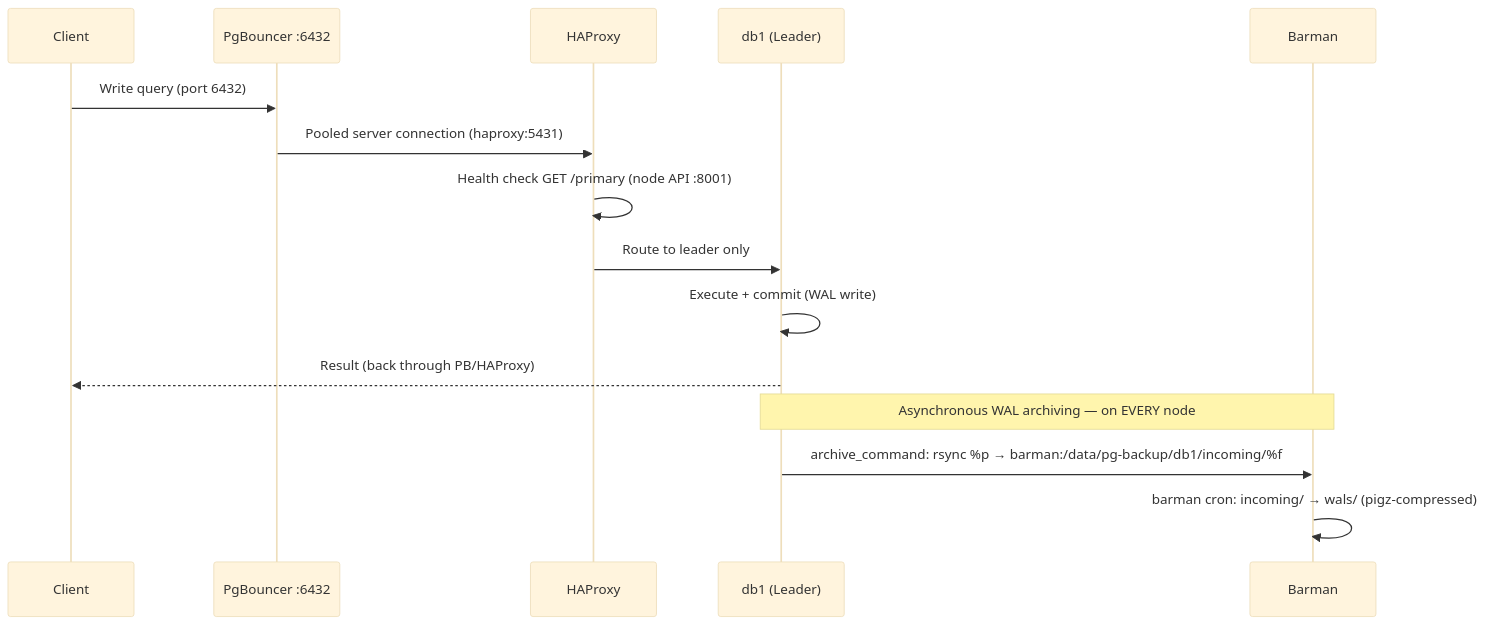
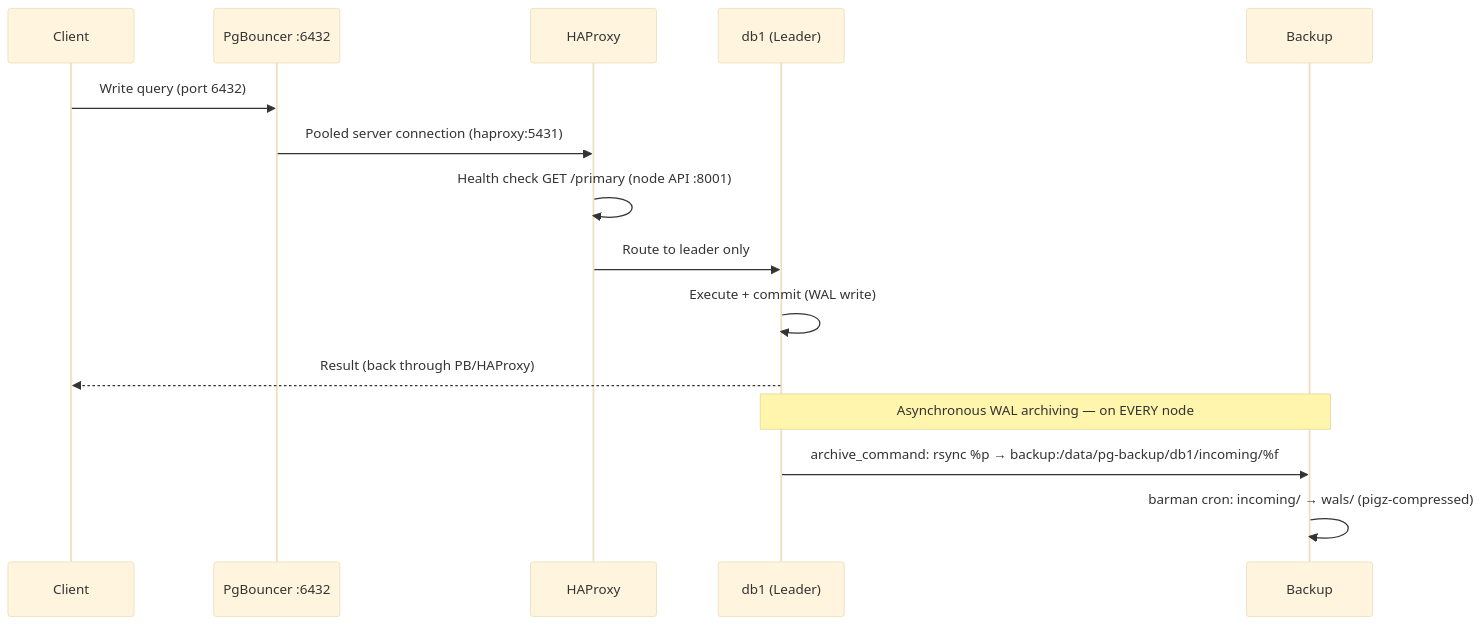
The second of 5 diagrams in docs/architecture.md (maborak/patroni-ha-dockerized), drawn with Mermaid (base theme) before and after one commit. The commit also changed other lines of this file and 55 other files, not shown here.

First line of the commit message:
Pluggable backup tooling: BACKUP_TOOL=barman|pgbackrest; service renamed to 'backup'

````diff
--- a/docs/architecture.md
+++ b/docs/architecture.md
@@ -137,19 +137,19 @@
 ```mermaid
 sequenceDiagram
     participant Client
     participant PB as PgBouncer :6432
     participant HAProxy
     participant Leader as db1 (Leader)
-    participant BAR as Barman
+    participant BAR as Backup
 
     Client->>PB: Write query (port 6432)
     PB->>HAProxy: Pooled server connection (haproxy:5431)
     HAProxy->>HAProxy: Health check GET /primary (node API :8001)
     HAProxy->>Leader: Route to leader only
     Leader->>Leader: Execute + commit (WAL write)
     Leader-->>Client: Result (back through PB/HAProxy)
 
     Note over Leader,BAR: Asynchronous WAL archiving — on EVERY node
-    Leader->>BAR: archive_command: rsync %p → barman:/data/pg-backup/db1/incoming/%f
+    Leader->>BAR: archive_command: rsync %p → backup:/data/pg-backup/db1/incoming/%f
     BAR->>BAR: barman cron: incoming/ → wals/ (pigz-compressed)
 ```
````
